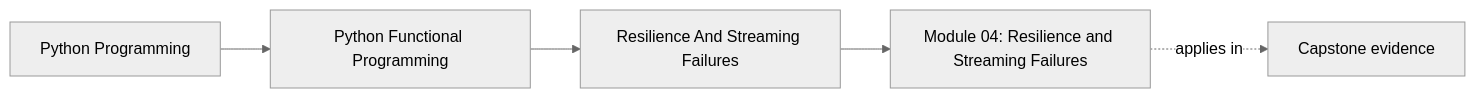
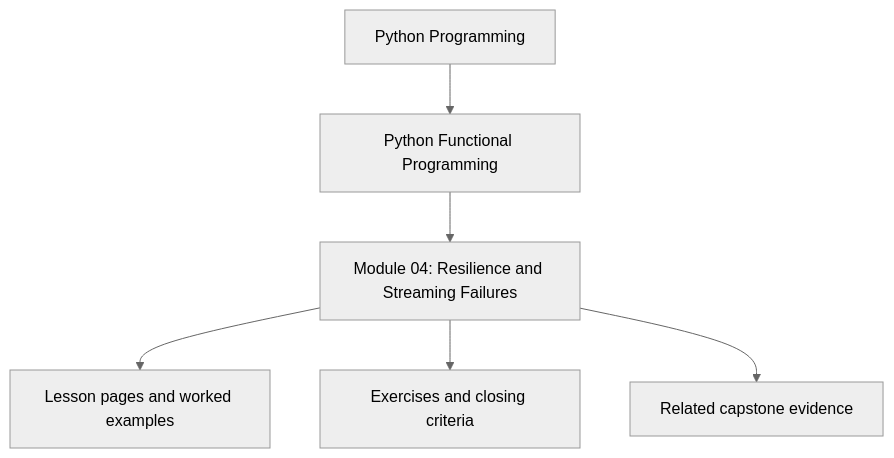
The first of 2 diagrams in programs/python-programming/python-functional-programming/course-book/module-04-resilience-and-streaming-failures/index.md (bijux/bijux-masterclass), drawn with Mermaid (neutral theme) before and after one commit. The commit also changed other lines of this file and 10 other files, not shown here.

Commit message:
docs(python-functional-programming): reposition module overview diagrams

````diff
--- a/programs/python-programming/python-functional-programming/course-book/module-04-resilience-and-streaming-failures/index.md
+++ b/programs/python-programming/python-functional-programming/course-book/module-04-resilience-and-streaming-failures/index.md
@@ -7,11 +7,8 @@
 ```mermaid
-graph LR
-  family["Python Programming"]
-  program["Python Functional Programming"]
-  section["Resilience And Streaming Failures"]
-  page["Module 04: Resilience and Streaming Failures"]
-  capstone["Capstone evidence"]
-
-  family --> program --> section --> page
-  page -.applies in.-> capstone
+flowchart TD
+  family["Python Programming"] --> program["Python Functional Programming"]
+  program --> module["Module 04: Resilience and Streaming Failures"]
+  module --> lessons["Lesson pages and worked examples"]
+  module --> checkpoints["Exercises and closing criteria"]
+  module --> capstone["Related capstone evidence"]
 ```
````
